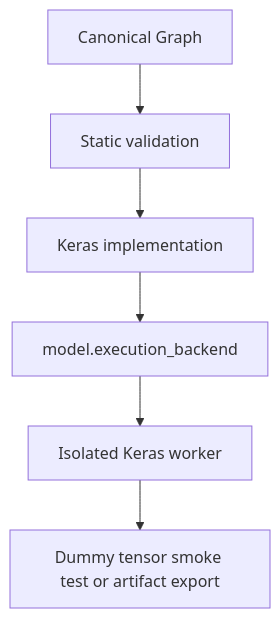
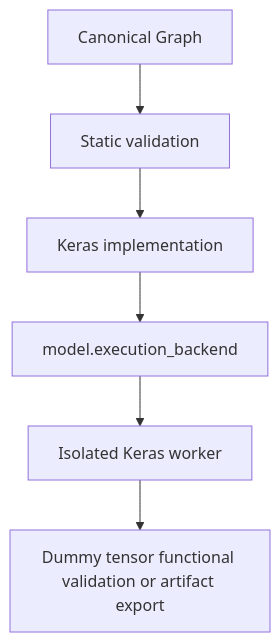
One commit to CTCycle/Neuro-Weave-Studio changed the second of 9 diagrams in assets/docs/architecture/model_execution_profile.md. Above: the diagram before and after it, drawn with Mermaid. The commit also changed other lines of this file and 19 other files, not shown here.

Commit message:
Reframe smoke checks as functional validation

````diff
--- a/assets/docs/architecture/model_execution_profile.md
+++ b/assets/docs/architecture/model_execution_profile.md
@@ -34,8 +34,8 @@
 ```mermaid
 flowchart TD
   G[Canonical Graph] --> V[Static validation]
   V --> K[Keras implementation]
   K --> B[model.execution_backend]
   B --> W[Isolated Keras worker]
-  W --> T[Dummy tensor smoke test or artifact export]
+  W --> T[Dummy tensor functional validation or artifact export]
 ```
````
